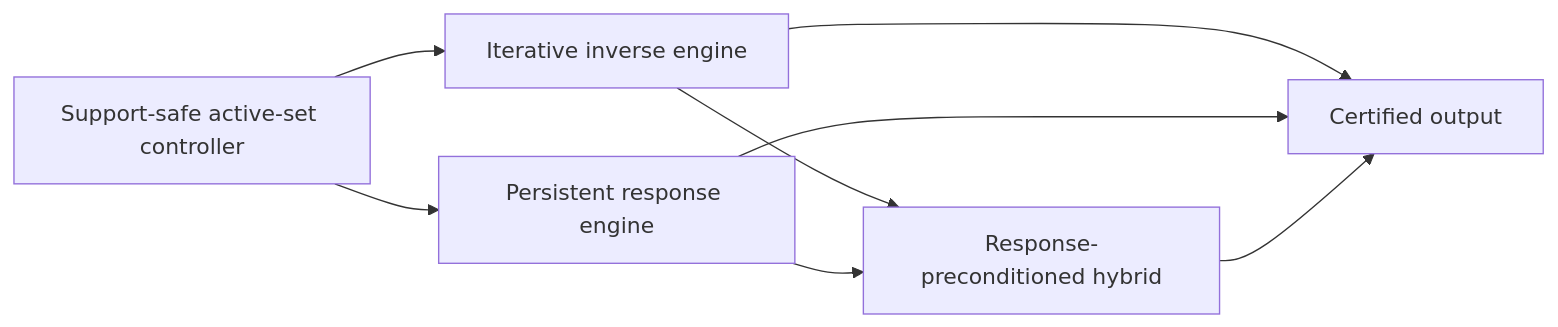
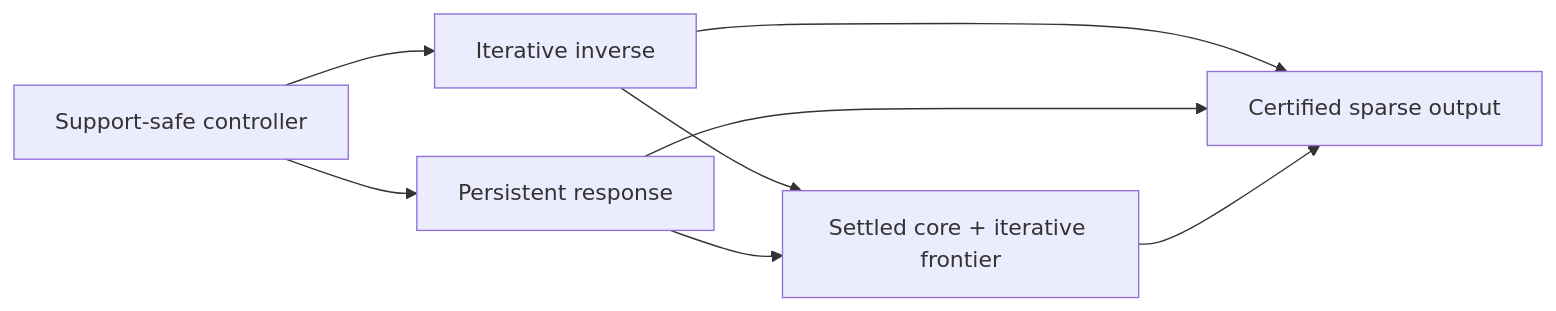
Before and after one commit to baojian/hybrid-local-solver: the diagram in docs/solver-family-roadmap.md, drawn with Mermaid. The commit also changed other lines of this file and 313 other files, not shown here.

````diff
--- a/docs/solver-family-roadmap.md
+++ b/docs/solver-family-roadmap.md
@@ -84,16 +55,15 @@
 ```mermaid
 flowchart LR
-    C["Support-safe active-set controller"]
-    I["Iterative inverse engine"]
-    R["Persistent response engine"]
-    H["Response-preconditioned hybrid"]
-    O["Certified output"]
-
+    C["Support-safe controller"]
+    I["Iterative inverse"]
+    R["Persistent response"]
+    H["Settled core + iterative frontier"]
+    O["Certified sparse output"]
     C --> I
     C --> R
     I --> H
     R --> H
     I --> O
     R --> O
     H --> O
 ```
````
